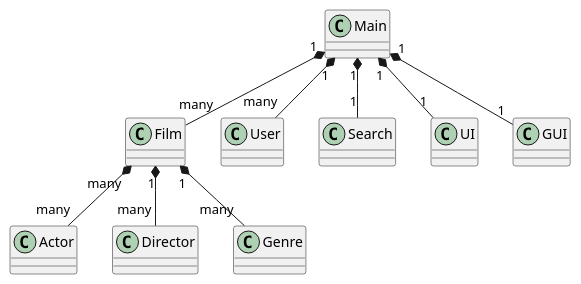
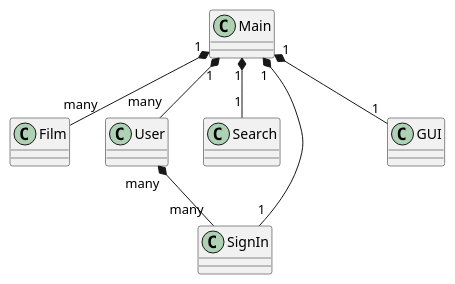
One commit to Inga-Helgadottir/SP5-J.A.I.R changed the diagram in planningSP5/domainDiagram.wsd. Above: the diagram before and after it, drawn with PlantUML. The commit also changed other lines of this file and 4 other files, not shown here.

```diff
--- a/planningSP5/domainDiagram.wsd
+++ b/planningSP5/domainDiagram.wsd
@@ -1,48 +1,34 @@
-@startuml SP3
+@startuml SP5
 
 class Main{
-
+    
 }
 
 class Film{
-
+    
 }
 
 class User{
-
-}
-
-class Actor{
-
+    
 }
 
 class Search{
-
+    
 }
 
-class UI{
-
+class SignIn{
+    
 }
 
 class GUI{
 
 }
 
-class Director{
-
-}
-
-class Genre{
-
-}
-
-Main "1" *-- "1" UI
+Main "1" *-- "1" SignIn
 Main "1" *-- "1" Search
 Main "1" *-- "many" User
-Film "many" *-- "many" Actor
 Main "1" *-- "1" GUI
 Main "1" *-- "many" Film
-Film "1" *-- "many" Director
-Film "1" *-- "many" Genre
+User "many" *-- "many" SignIn
 
 @enduml
```
